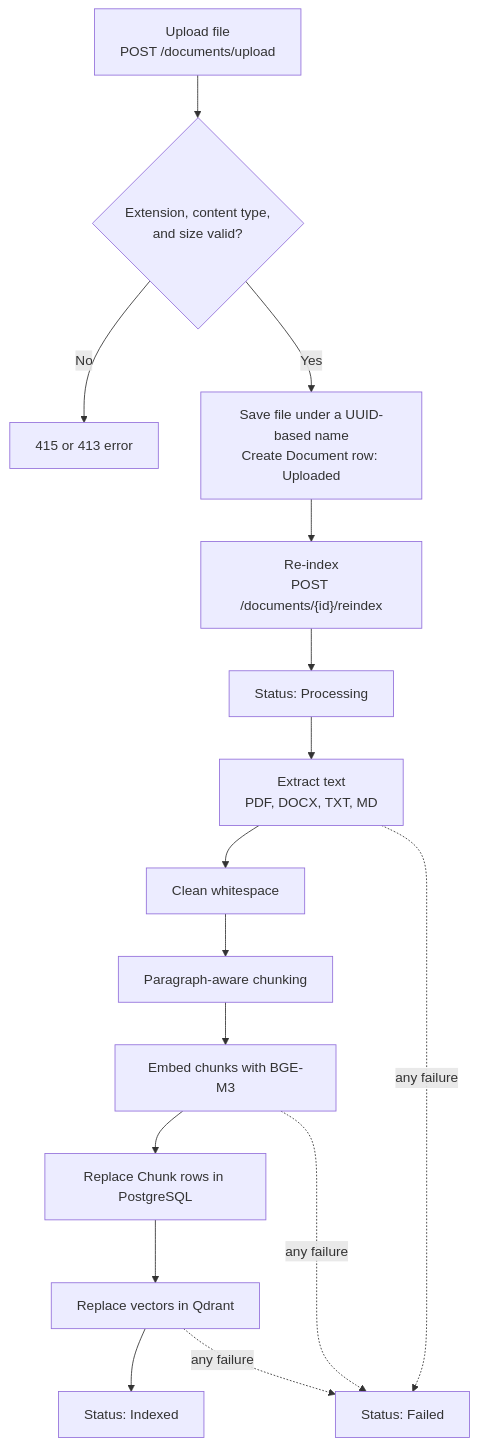
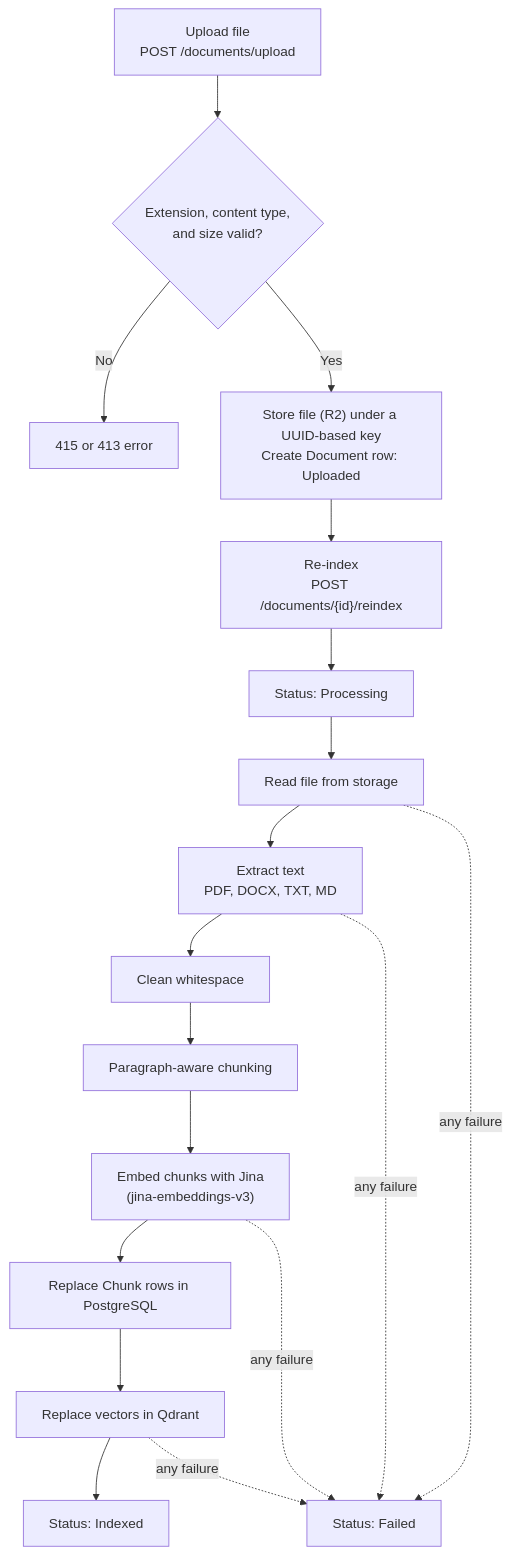
One commit to NANDAGOPALNG/Lumora changed the second of 4 diagrams in README.md. Above: the diagram before and after it, drawn with Mermaid. The commit also changed other lines of this file, not shown here.

````diff
--- a/README.md
+++ b/README.md
@@ -132,18 +140,20 @@
 ```mermaid
 flowchart TD
     A["Upload file<br/>POST /documents/upload"] --> B{"Extension, content type,<br/>and size valid?"}
     B -- No --> X["415 or 413 error"]
-    B -- Yes --> C["Save file under a UUID-based name<br/>Create Document row: Uploaded"]
+    B -- Yes --> C["Store file (R2) under a UUID-based key<br/>Create Document row: Uploaded"]
     C --> D["Re-index<br/>POST /documents/{id}/reindex"]
     D --> E["Status: Processing"]
-    E --> F["Extract text<br/>PDF, DOCX, TXT, MD"]
+    E --> R["Read file from storage"]
+    R --> F["Extract text<br/>PDF, DOCX, TXT, MD"]
     F --> G["Clean whitespace"]
     G --> H["Paragraph-aware chunking"]
-    H --> I["Embed chunks with BGE-M3"]
+    H --> I["Embed chunks with Jina<br/>(jina-embeddings-v3)"]
     I --> J["Replace Chunk rows in PostgreSQL"]
     J --> K["Replace vectors in Qdrant"]
     K --> L["Status: Indexed"]
-    F -. "any failure" .-> M["Status: Failed"]
+    R -. "any failure" .-> M["Status: Failed"]
+    F -. "any failure" .-> M
     I -. "any failure" .-> M
     K -. "any failure" .-> M
 ```
````
